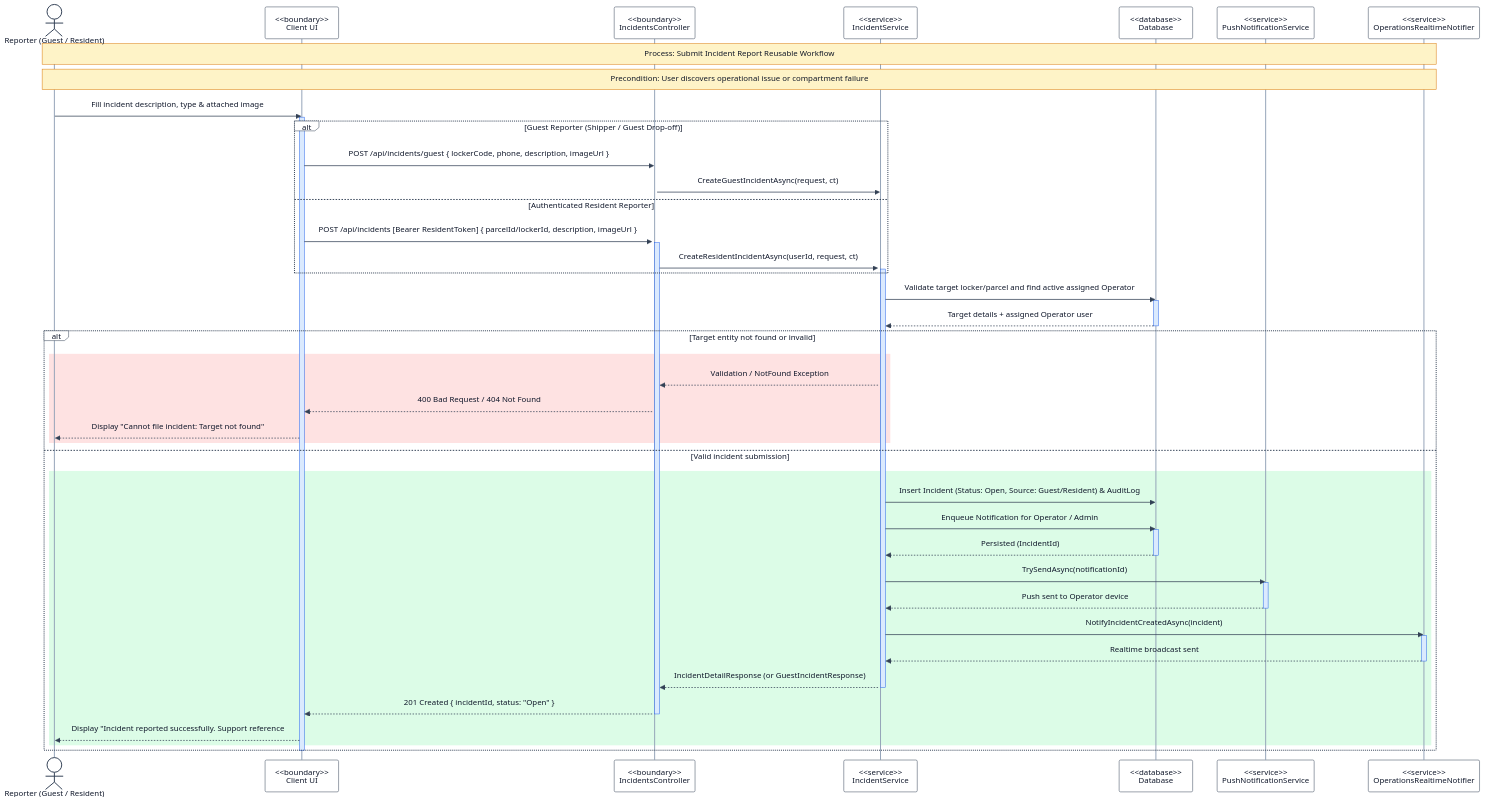
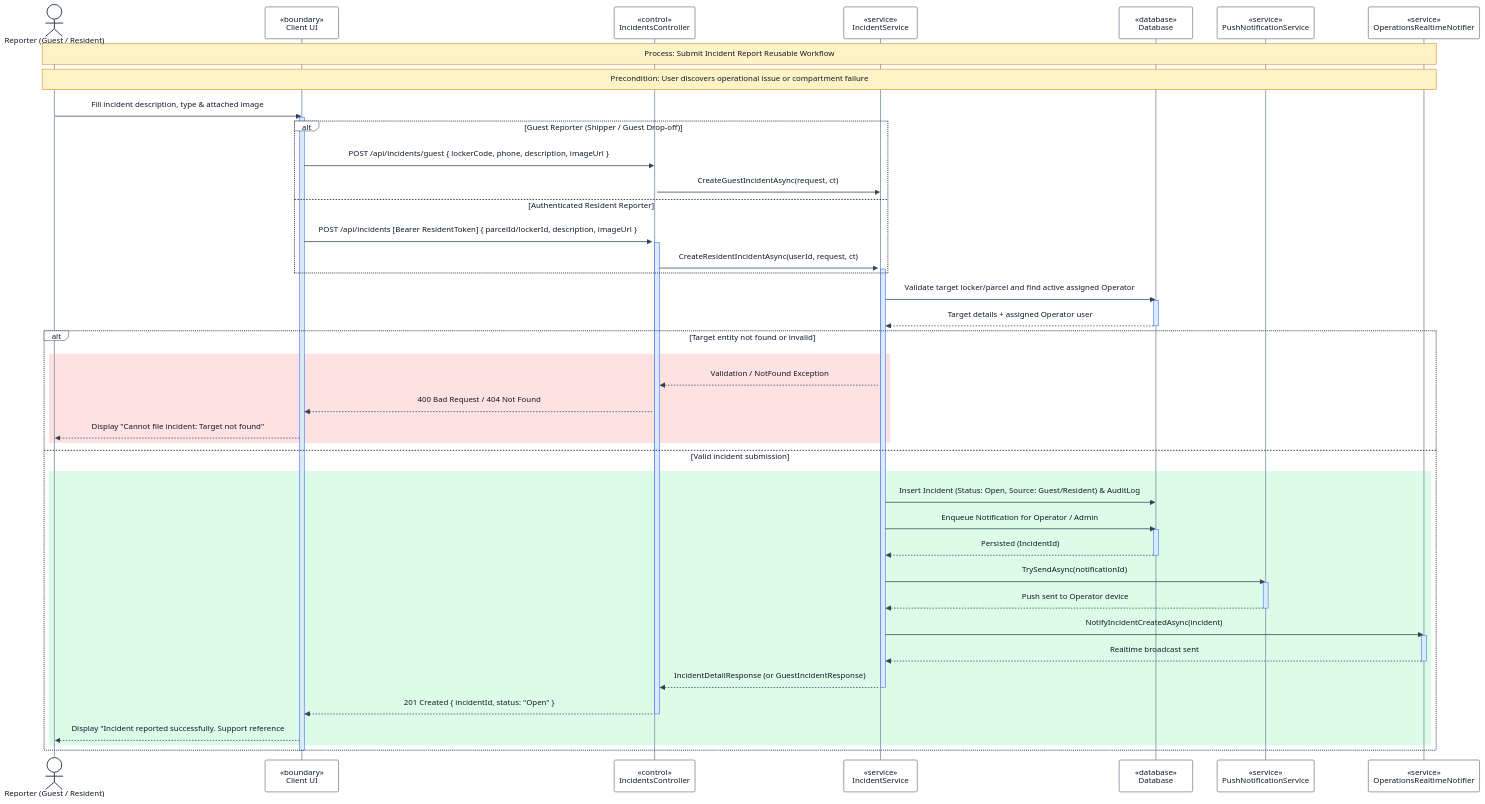
The diagram in RP4/3.5 Locker Operations, Monitoring & Incident Handling/3.5.3 Submit Incident Report Reusable Sequence Diagram.md (se-05-sdlms/smart-locking-diagram), drawn with Mermaid before and after one commit. The commit also changed 36 other files, not shown here.

Commit message:
Update diagram

```diff
--- a/RP4/3.5 Locker Operations, Monitoring & Incident Handling/3.5.3 Submit Incident Report Reusable Sequence Diagram.md
+++ b/RP4/3.5 Locker Operations, Monitoring & Incident Handling/3.5.3 Submit Incident Report Reusable Sequence Diagram.md
@@ -21,12 +21,12 @@
 sequenceDiagram
 
 actor REPORTER as Reporter (Guest / Resident)
-participant UI as <<boundary>><br/>Client UI
-participant CTRL as <<boundary>><br/>IncidentsController
-participant SVC as <<service>><br/>IncidentService
-participant DB as <<database>><br/>Database
-participant PUSH as <<service>><br/>PushNotificationService
-participant HUB as <<service>><br/>OperationsRealtimeNotifier
+participant UI as «boundary»<br/>Client UI
+participant CTRL as «control»<br/>IncidentsController
+participant SVC as «service»<br/>IncidentService
+participant DB as «database»<br/>Database
+participant PUSH as «service»<br/>PushNotificationService
+participant HUB as «service»<br/>OperationsRealtimeNotifier
 
 Note over REPORTER,HUB: Process: Submit Incident Report Reusable Workflow
 Note over REPORTER,HUB: Precondition: User discovers operational issue or compartment failure
```
